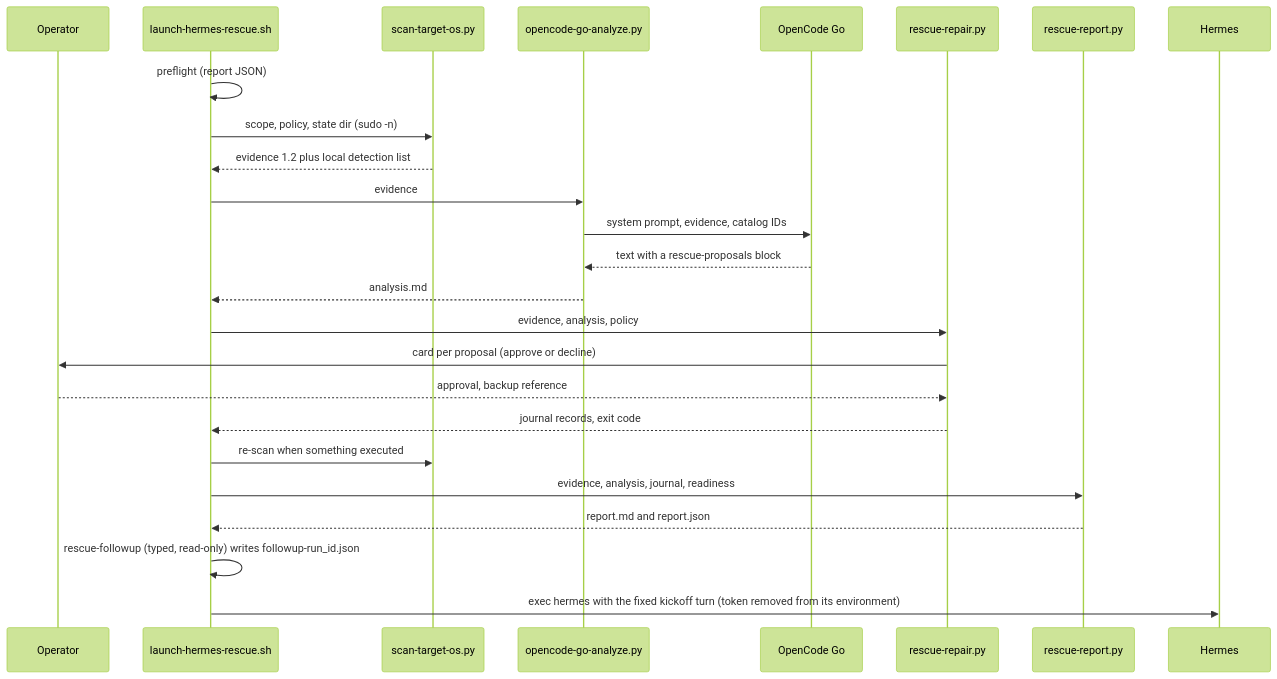
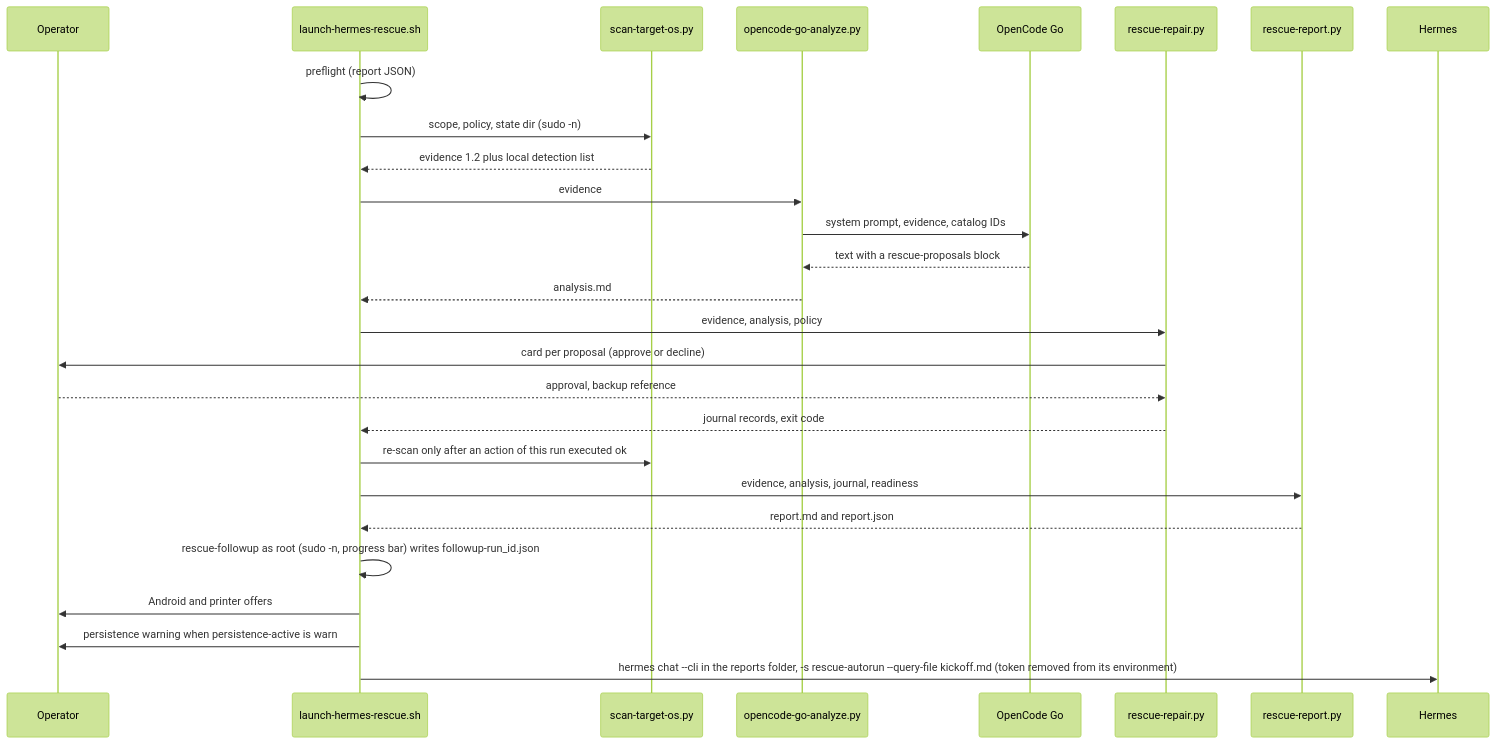
The fourth of 16 diagrams in docs/design.md (ahliweb/linux-mint-xfce-rescue-ai), drawn with Mermaid (forest theme) before and after one commit. The commit also changed other lines of this file and 2 other files, not shown here.

Commit message:
docs: live kickoff flow, testing counts, changelog (#73)

````diff
--- a/docs/design.md
+++ b/docs/design.md
@@ -95,27 +97,29 @@
 ```mermaid
 sequenceDiagram
     participant Op as Operator
     participant L as launch-hermes-rescue.sh
     participant S as scan-target-os.py
     participant A as opencode-go-analyze.py
     participant G as OpenCode Go
     participant R as rescue-repair.py
     participant P as rescue-report.py
     participant H as Hermes
     L->>L: preflight (report JSON)
     L->>S: scope, policy, state dir (sudo -n)
     S-->>L: evidence 1.2 plus local detection list
     L->>A: evidence
     A->>G: system prompt, evidence, catalog IDs
     G-->>A: text with a rescue-proposals block
     A-->>L: analysis.md
     L->>R: evidence, analysis, policy
     R->>Op: card per proposal (approve or decline)
     Op-->>R: approval, backup reference
     R-->>L: journal records, exit code
-    L->>S: re-scan when something executed
+    L->>S: re-scan only after an action of this run executed ok
     L->>P: evidence, analysis, journal, readiness
     P-->>L: report.md and report.json
-    L->>L: rescue-followup (typed, read-only) writes followup-run_id.json
-    L->>H: exec hermes with the fixed kickoff turn (token removed from its environment)
+    L->>L: rescue-followup as root (sudo -n, progress bar) writes followup-run_id.json
+    L->>Op: Android and printer offers
+    L->>Op: persistence warning when persistence-active is warn
+    L->>H: hermes chat --cli in the reports folder, -s rescue-autorun --query-file kickoff.md (token removed from its environment)
 ```
````
